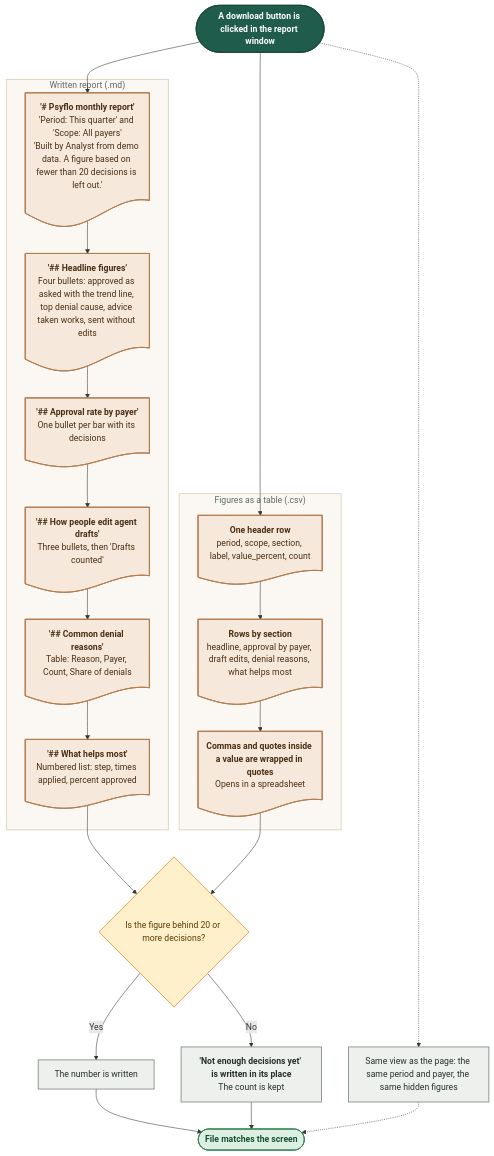
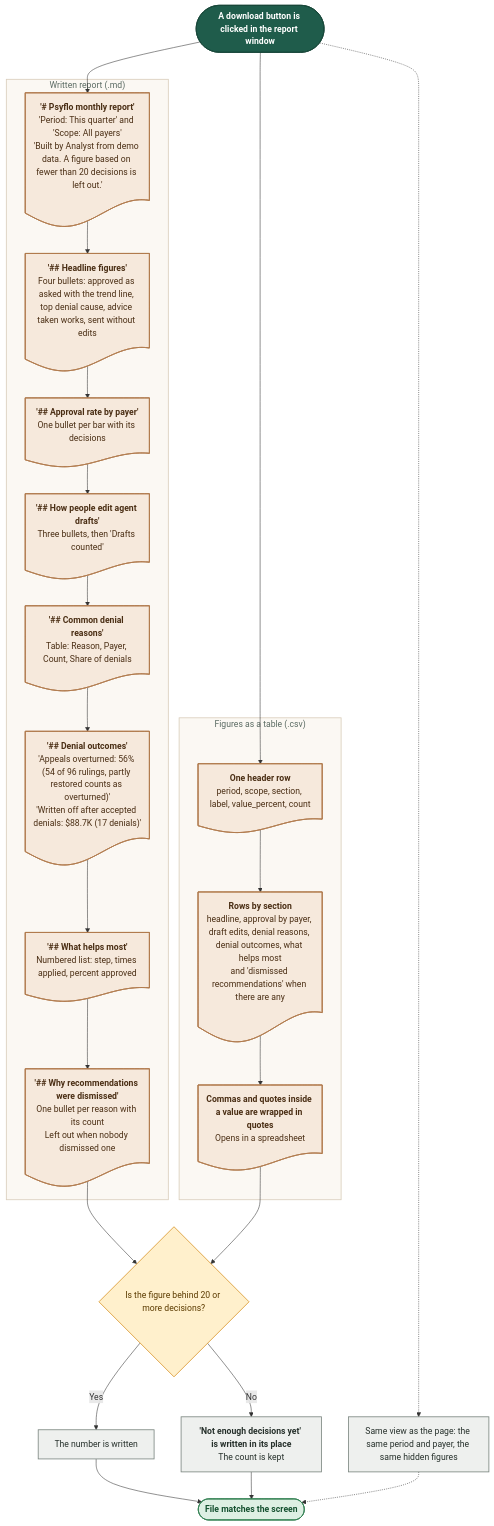
Before and after one commit to Shrav143/psyfloapp: the diagram in demos/prior-auth-demo/workflows/out/mmd/08-analytics/32-report-files.mmd, drawn with Mermaid. The commit also changed 195 other files, not shown here.

First line of the commit message:
docs: Rebuild workflow diagrams after the demo fixes (220 diagrams)

```diff
--- a/demos/prior-auth-demo/workflows/out/mmd/08-analytics/32-report-files.mmd
+++ b/demos/prior-auth-demo/workflows/out/mmd/08-analytics/32-report-files.mmd
@@ -1,53 +1,55 @@
 %%{init: {"theme":"base","themeVariables":{"fontFamily":"'DM Sans', 'Segoe UI', system-ui, sans-serif","fontSize":"15px","lineColor":"#5B6B63","primaryTextColor":"#1C2B25","clusterBkg":"#FBF8F3","clusterBorder":"#D9CDBB","edgeLabelBackground":"#FFFFFF"},"flowchart":{"curve":"basis","nodeSpacing":36,"rankSpacing":48,"padding":12,"htmlLabels":true,"useMaxWidth":false,"wrappingWidth":230}} }%%
 flowchart TD
   classDef k_start fill:#1F5C4B,stroke:#174638,color:#FFFFFF,stroke-width:1.5px,font-weight:600
   classDef k_end fill:#DDEFE3,stroke:#2E7D4F,color:#14502F,stroke-width:1.5px,font-weight:600
   classDef k_endx fill:#FBE3E0,stroke:#C0392B,color:#7A1F16,stroke-width:1.5px,font-weight:600
   classDef k_screen fill:#FFFDF8,stroke:#1F5C4B,color:#1C2B25,stroke-width:2px
   classDef k_overlay fill:#F1F7F3,stroke:#1F5C4B,color:#1C2B25,stroke-width:2px,stroke-dasharray:5 3
   classDef k_click fill:#DCEBFA,stroke:#2F6DB5,color:#12365F,stroke-width:1.5px
   classDef k_input fill:#E4E7FF,stroke:#4C5FD5,color:#1D2670,stroke-width:1.5px
   classDef k_process fill:#EEF0EE,stroke:#7A857F,color:#26302B,stroke-width:1.5px
   classDef k_agent fill:#EEE5FA,stroke:#7A4FC2,color:#341A63,stroke-width:1.5px
   classDef k_decision fill:#FFF0CC,stroke:#D9962B,color:#5C3B00,stroke-width:1.5px
   classDef k_store fill:#D5F0EA,stroke:#1C8E7B,color:#0B4A3F,stroke-width:1.5px
   classDef k_doc fill:#F6E9DC,stroke:#B07A4C,color:#4A2E14,stroke-width:1.5px
   classDef k_ext fill:#FFE6D2,stroke:#E07B39,color:#6B2F06,stroke-width:1.5px
   classDef k_wait fill:#E4E8EE,stroke:#6B7C93,color:#26303D,stroke-width:1.5px
   classDef k_toast fill:#FFF9DB,stroke:#C9A400,color:#5A4A00,stroke-width:1.5px
   classDef k_goto fill:#FFFFFF,stroke:#1F5C4B,color:#1F5C4B,stroke-width:1.5px,stroke-dasharray:5 3
   s1@{ shape: stadium, label: "A download button is clicked in the report window" }
   subgraph gMd ["Written report (.md)"]
   m1@{ shape: doc, label: "<b>'# Psyflo monthly report'</b><br/>'Period: This quarter' and 'Scope: All payers'<br/>'Built by Analyst from demo data. A figure based on fewer than 20 decisions is left out.'" }
   m2@{ shape: doc, label: "<b>'## Headline figures'</b><br/>Four bullets: approved as asked with the trend line, top denial cause, advice taken works, sent without edits" }
   m3@{ shape: doc, label: "<b>'## Approval rate by payer'</b><br/>One bullet per bar with its decisions" }
   m4@{ shape: doc, label: "<b>'## How people edit agent drafts'</b><br/>Three bullets, then 'Drafts counted'" }
   m5@{ shape: doc, label: "<b>'## Common denial reasons'</b><br/>Table: Reason, Payer, Count, Share of denials" }
+  m7@{ shape: doc, label: "<b>'## Denial outcomes'</b><br/>'Appeals overturned: 56% (54 of 96 rulings, partly restored counts as overturned)'<br/>'Written off after accepted denials: $88.7K (17 denials)'" }
   m6@{ shape: doc, label: "<b>'## What helps most'</b><br/>Numbered list: step, times applied, percent approved" }
+  m8@{ shape: doc, label: "<b>'## Why recommendations were dismissed'</b><br/>One bullet per reason with its count<br/>Left out when nobody dismissed one" }
   end
   subgraph gCsv ["Figures as a table (.csv)"]
   v1@{ shape: doc, label: "<b>One header row</b><br/>period, scope, section, label, value_percent, count" }
-  v2@{ shape: doc, label: "<b>Rows by section</b><br/>headline, approval by payer, draft edits, denial reasons, what helps most" }
+  v2@{ shape: doc, label: "<b>Rows by section</b><br/>headline, approval by payer, draft edits, denial reasons, denial outcomes, what helps most<br/>and 'dismissed recommendations' when there are any" }
   v3@{ shape: doc, label: "<b>Commas and quotes inside a value are wrapped in quotes</b><br/>Opens in a spreadsheet" }
   end
   q1@{ shape: diam, label: "Is the figure behind 20 or more decisions?" }
   p1@{ shape: rect, label: "The number is written" }
   p2@{ shape: rect, label: "<b>'Not enough decisions yet' is written in its place</b><br/>The count is kept" }
   p3@{ shape: rect, label: "Same view as the page: the same period and payer, the same hidden figures" }
   e1@{ shape: stadium, label: "File matches the screen" }
   s1 --> m1 & v1
-  m1 --> m2 --> m3 --> m4 --> m5 --> m6
+  m1 --> m2 --> m3 --> m4 --> m5 --> m7 --> m6 --> m8
   v1 --> v2 --> v3
-  m6 --> q1
+  m8 --> q1
   v3 --> q1
   q1 -->|"Yes"| p1 --> e1
   q1 -->|"No"| p2 --> e1
   s1 -.-> p3
   p3 -.-> e1
   class s1 k_start
-  class m1,m2,m3,m4,m5,m6,v1,v2,v3 k_doc
+  class m1,m2,m3,m4,m5,m7,m6,m8,v1,v2,v3 k_doc
   class q1 k_decision
   class p1,p2,p3 k_process
   class e1 k_end
   style gMd fill:#FBF8F3,stroke:#D9CDBB,stroke-width:1.5px,color:#5B6B63
   style gCsv fill:#FBF8F3,stroke:#D9CDBB,stroke-width:1.5px,color:#5B6B63
```
